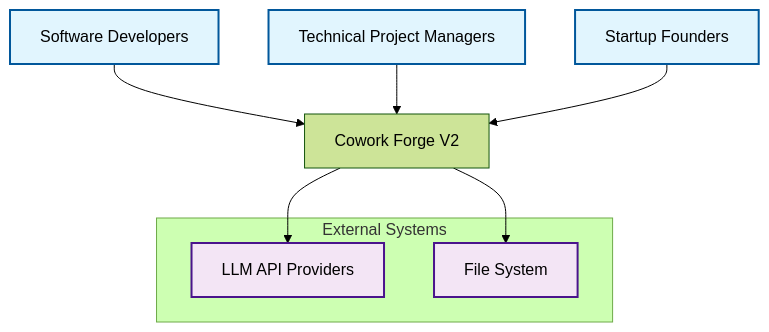
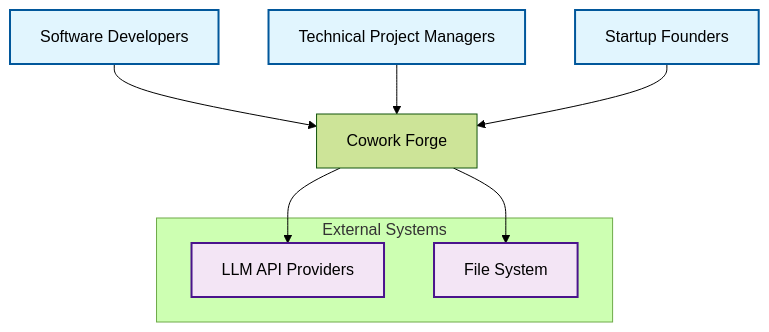
One commit to sopaco/cowork-forge changed the first of 8 diagrams in litho.docs/en/2.Architecture.md. Above: the diagram before and after it, drawn with Mermaid (forest theme). The commit also changed other lines of this file and 24 other files, not shown here.

````diff
--- a/litho.docs/en/2.Architecture.md
+++ b/litho.docs/en/2.Architecture.md
@@ -30,20 +30,20 @@
 ```mermaid
 graph TB
-    DEV[Software Developers] --> CF[Cowork Forge V2]
+    DEV[Software Developers] --> CF[Cowork Forge]
     PM[Technical Project Managers] --> CF
     FOUNDER[Startup Founders] --> CF
     
     CF --> LLM[LLM API Providers]
     CF --> FS[File System]
     
     subgraph External Systems
         LLM
         FS
     end
     
     classDef user fill:#e1f5fe,stroke:#01579b,stroke-width:2px
     classDef system fill:#f3e5f5,stroke:#4a148c,stroke-width:2px
     
     class DEV,PM,FOUNDER user
     class LLM,FS system
 ```
````
